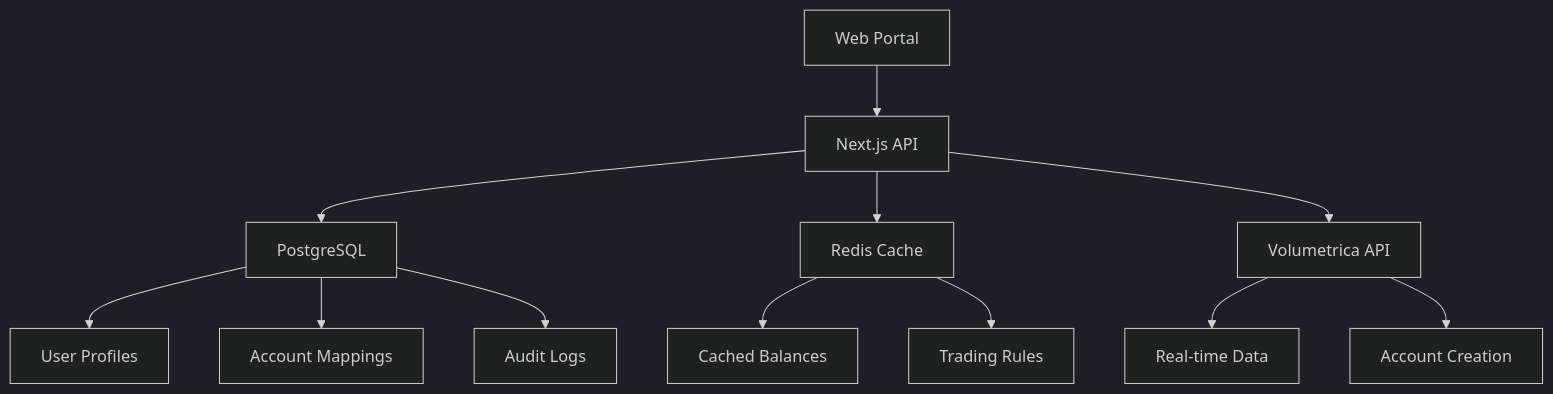
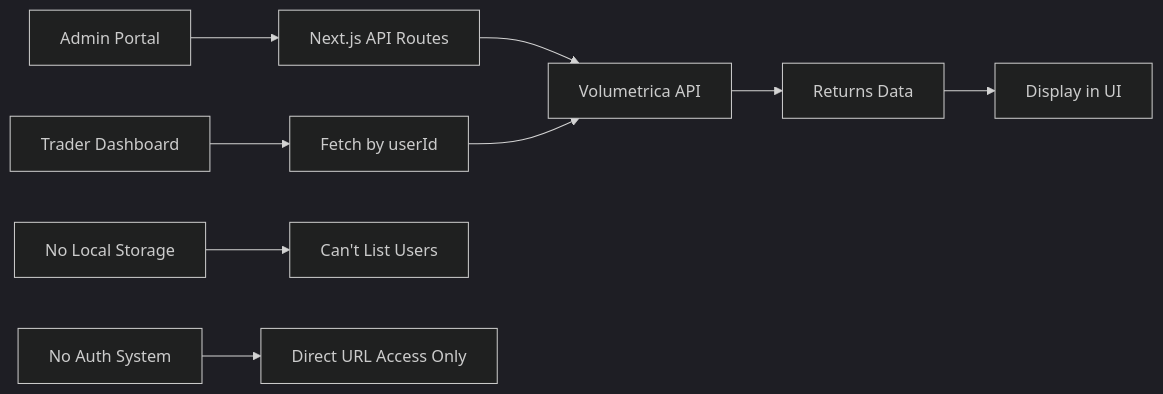
The first of 2 diagrams in rules-docs-agents/post-proto.md (connorholly11/crypto-volumetrica-portal), drawn with Mermaid (dark theme) before and after one commit. The commit also changed other lines of this file, not shown here.

````diff
--- a/rules-docs-agents/post-proto.md
+++ b/rules-docs-agents/post-proto.md
@@ -105,17 +95,13 @@
 ```mermaid
-graph TD
-    A[Web Portal] --> B[Next.js API]
-    B --> C[PostgreSQL]
-    B --> D[Redis Cache]
-    B --> E[Volumetrica API]
+graph LR
+    A[Admin Portal] --> B[Next.js API Routes]
+    B --> C[Volumetrica API]
+    C --> D[Returns Data]
+    D --> E[Display in UI]
     
-    C --> F[User Profiles]
-    C --> G[Account Mappings]
-    C --> H[Audit Logs]
+    F[Trader Dashboard] --> G[Fetch by userId]
+    G --> C
     
-    D --> I[Cached Balances]
-    D --> J[Trading Rules]
-    
-    E --> K[Real-time Data]
-    E --> L[Account Creation]
+    H[No Local Storage] --> I[Can't List Users]
+    J[No Auth System] --> K[Direct URL Access Only]
 ```
````
